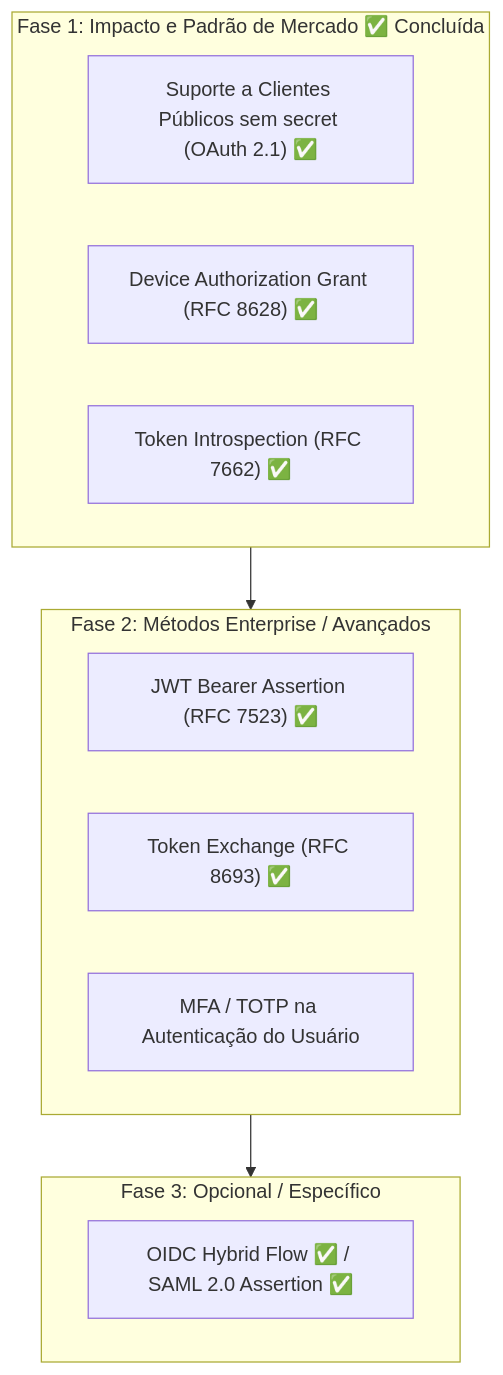
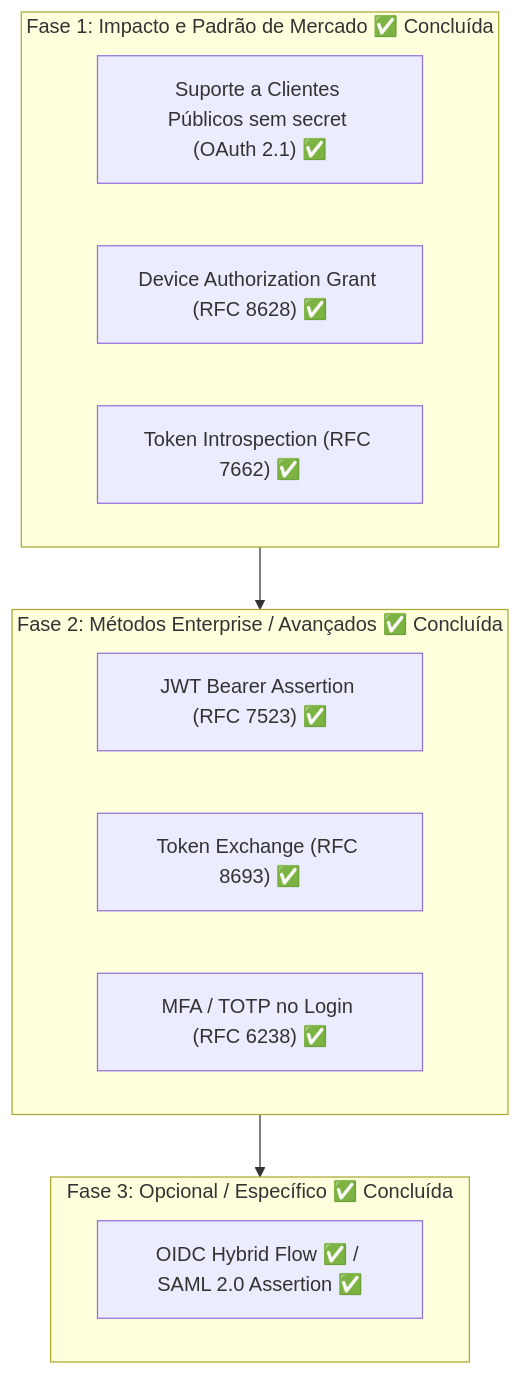
Before and after one commit to mvdfreitas/php-oauth: the first of 3 diagrams in docs/ANALISE_METODOS_AUTENTICACAO.md, drawn with Mermaid. The commit also changed other lines of this file and 4 other files, not shown here.

Commit message:
feat: implantacao do metodo mfa-totp

````diff
--- a/docs/ANALISE_METODOS_AUTENTICACAO.md
+++ b/docs/ANALISE_METODOS_AUTENTICACAO.md
@@ -86,20 +89,20 @@
 ```mermaid
 flowchart TD
     subgraph Fase1["Fase 1: Impacto e Padrão de Mercado ✅ Concluída"]
         C["Suporte a Clientes Públicos sem secret (OAuth 2.1) ✅"]
         C2["Device Authorization Grant (RFC 8628) ✅"]
         C3["Token Introspection (RFC 7662) ✅"]
     end
 
-    subgraph Fase2["Fase 2: Métodos Enterprise / Avançados"]
+    subgraph Fase2["Fase 2: Métodos Enterprise / Avançados ✅ Concluída"]
         D["JWT Bearer Assertion (RFC 7523) ✅"]
         D2["Token Exchange (RFC 8693) ✅"]
-        E["MFA / TOTP na Autenticação do Usuário"]
+        E["MFA / TOTP no Login (RFC 6238) ✅"]
     end
 
-    subgraph Fase3["Fase 3: Opcional / Específico"]
+    subgraph Fase3["Fase 3: Opcional / Específico ✅ Concluída"]
         G["OIDC Hybrid Flow ✅ / SAML 2.0 Assertion ✅"]
     end
 
     Fase1 --> Fase2 --> Fase3
 ```
````
